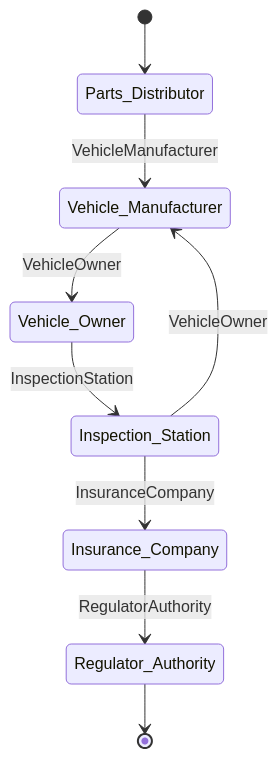
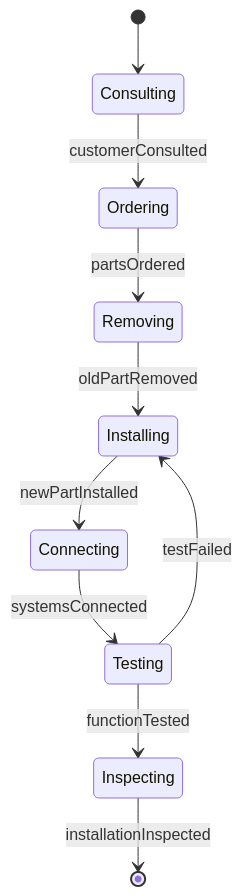
One commit to dot-org-ai/tasks.org.ai changed the second of 4 diagrams in HandlingAndMovingObjects/AssembleEquipmentOrComponents/InstallVehiclePartsAccessories.mdx. Above: the diagram before and after it, drawn with Mermaid. The commit also changed other lines of this file and 515 other files, not shown here.

````diff
--- a/HandlingAndMovingObjects/AssembleEquipmentOrComponents/InstallVehiclePartsAccessories.mdx
+++ b/HandlingAndMovingObjects/AssembleEquipmentOrComponents/InstallVehiclePartsAccessories.mdx
@@ -101,11 +99,12 @@
 ```mermaid
 stateDiagram-v2
-    [*] --> Parts_Distributor
-    Parts_Distributor --> Vehicle_Manufacturer: VehicleManufacturer
-    Vehicle_Manufacturer --> Vehicle_Owner: VehicleOwner
-    Vehicle_Owner --> Inspection_Station: InspectionStation
-    Inspection_Station --> Insurance_Company: InsuranceCompany
-    Insurance_Company --> Regulator_Authority: RegulatorAuthority
-    Inspection_Station --> Vehicle_Manufacturer: VehicleOwner
-    Regulator_Authority --> [*]
+    [*] --> Consulting
+    Consulting --> Ordering : customerConsulted
+    Ordering --> Removing : partsOrdered
+    Removing --> Installing : oldPartRemoved
+    Installing --> Connecting : newPartInstalled
+    Connecting --> Testing : systemsConnected
+    Testing --> Inspecting : functionTested
+    Testing --> Installing : testFailed
+    Inspecting --> [*] : installationInspected
 ```
````
